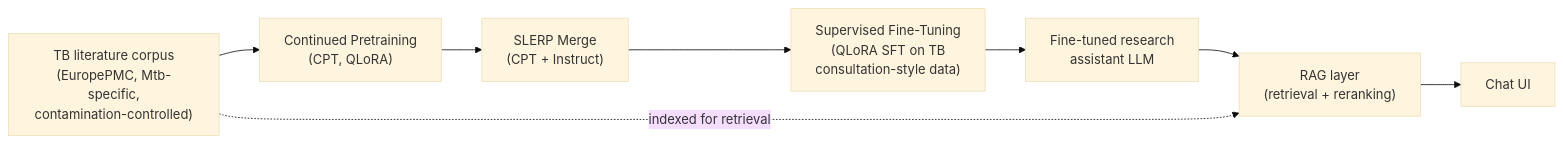
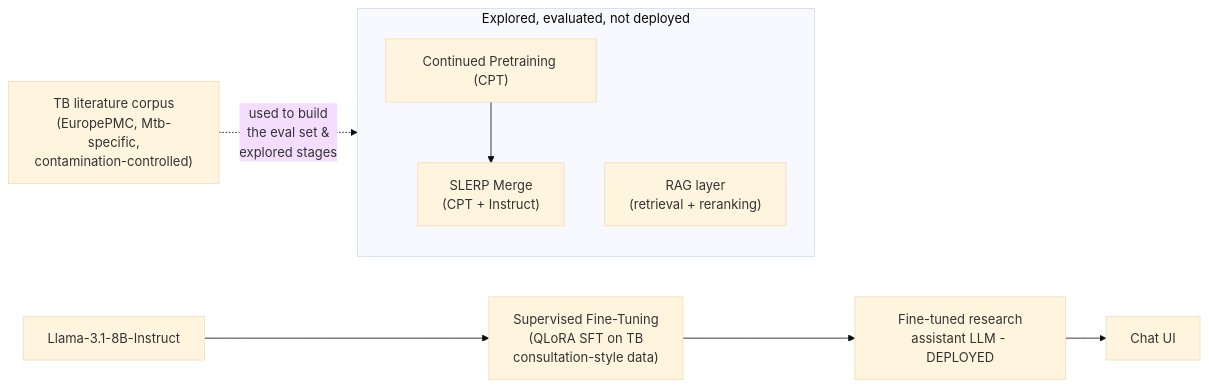
Before and after one commit to sedak326/Llama-3.1-TB: the diagram in README.md, drawn with Mermaid (base theme). The commit also changed other lines of this file, not shown here.

First line of the commit message:
Correct README to match deployed model (SFT only), add marketing framing

````diff
--- a/README.md
+++ b/README.md
@@ -46,10 +60,11 @@
 ```mermaid
 flowchart LR
-    A["TB literature corpus\n(EuropePMC, Mtb-specific,\ncontamination-controlled)"] --> B["Continued Pretraining\n(CPT, QLoRA)"]
-    B --> C["SLERP Merge\n(CPT + Instruct)"]
-    C --> D["Supervised Fine-Tuning\n(QLoRA SFT on TB\nconsultation-style data)"]
-    D --> E["Fine-tuned research\nassistant LLM"]
-    E --> F["RAG layer\n(retrieval + reranking)"]
-    F --> G["Chat UI"]
-    A -.indexed for retrieval.-> F
+    A["TB literature corpus\n(EuropePMC, Mtb-specific,\ncontamination-controlled)"] -.used to build\nthe eval set &\nexplored stages.-> X
+    I["Llama-3.1-8B-Instruct"] --> D["Supervised Fine-Tuning\n(QLoRA SFT on TB\nconsultation-style data)"]
+    D --> E["Fine-tuned research\nassistant LLM - DEPLOYED"]
+    E --> G["Chat UI"]
+    subgraph X["Explored, evaluated, not deployed"]
+        B["Continued Pretraining (CPT)"] --> C["SLERP Merge\n(CPT + Instruct)"]
+        F["RAG layer\n(retrieval + reranking)"]
+    end
 ```
````
